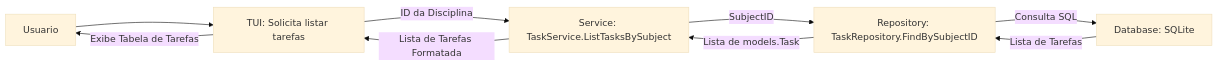
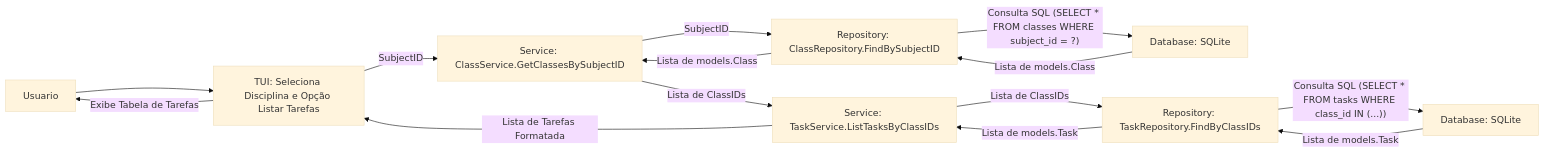
One commit to Estagiarius/vigenda changed the second of 3 diagrams in TECHNICAL_SPECIFICATION.MD. Above: the diagram before and after it, drawn with Mermaid (base theme). The commit also changed other lines of this file and 16 other files, not shown here.

````diff
--- a/TECHNICAL_SPECIFICATION.MD
+++ b/TECHNICAL_SPECIFICATION.MD
@@ -156,11 +158,16 @@
 ```mermaid
 graph LR
-    Usuario --> TUI_List[TUI: Solicita listar tarefas];
-    TUI_List -- ID da Disciplina --> Serv_ListTask[Service: TaskService.ListTasksBySubject];
-    Serv_ListTask -- SubjectID --> Repo_ListTask[Repository: TaskRepository.FindBySubjectID];
-    Repo_ListTask -- Consulta SQL --> DB_Task[Database: SQLite];
-    DB_Task -- Lista de Tarefas --> Repo_ListTask;
-    Repo_ListTask -- Lista de models.Task --> Serv_ListTask;
-    Serv_ListTask -- Lista de Tarefas Formatada --> TUI_List;
+    Usuario --> TUI_List[TUI: Seleciona Disciplina e Opção Listar Tarefas];
+    TUI_List -- SubjectID --> Serv_GetClasses[Service: ClassService.GetClassesBySubjectID];
+    Serv_GetClasses -- SubjectID --> Repo_GetClasses[Repository: ClassRepository.FindBySubjectID];
+    Repo_GetClasses -- Consulta SQL (SELECT * FROM classes WHERE subject_id = ?) --> DB_Classes[Database: SQLite];
+    DB_Classes -- Lista de models.Class --> Repo_GetClasses;
+    Repo_GetClasses -- Lista de models.Class --> Serv_GetClasses;
+    Serv_GetClasses -- Lista de ClassIDs --> Serv_ListTasks[Service: TaskService.ListTasksByClassIDs];
+    Serv_ListTasks -- Lista de ClassIDs --> Repo_ListTasks[Repository: TaskRepository.FindByClassIDs];
+    Repo_ListTasks -- Consulta SQL (SELECT * FROM tasks WHERE class_id IN (...)) --> DB_Tasks[Database: SQLite];
+    DB_Tasks -- Lista de models.Task --> Repo_ListTasks;
+    Repo_ListTasks -- Lista de models.Task --> Serv_ListTasks;
+    Serv_ListTasks -- Lista de Tarefas Formatada --> TUI_List;
     TUI_List -- Exibe Tabela de Tarefas --> Usuario;
 ```
````
